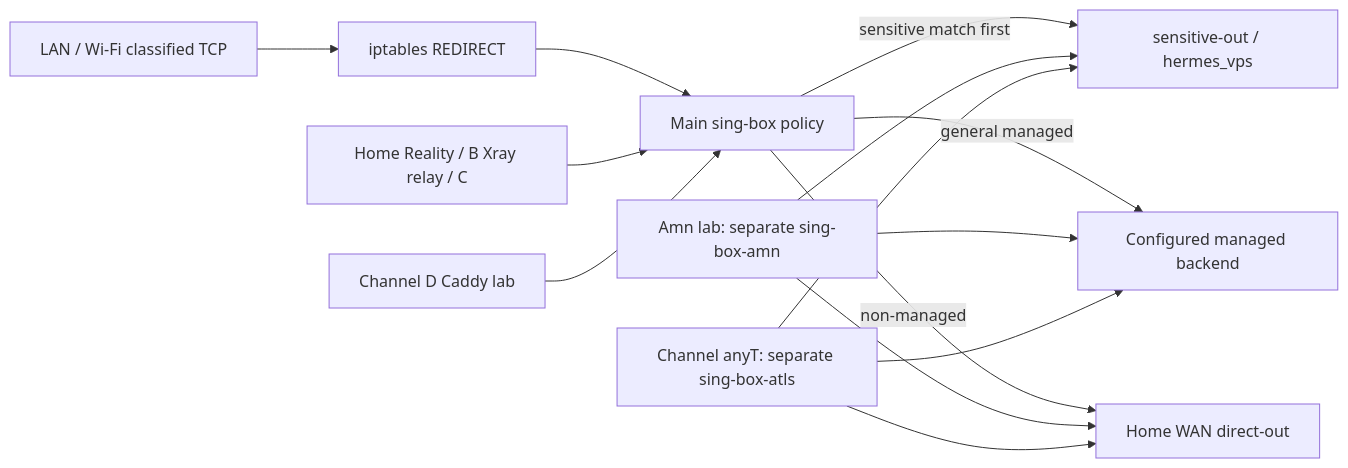
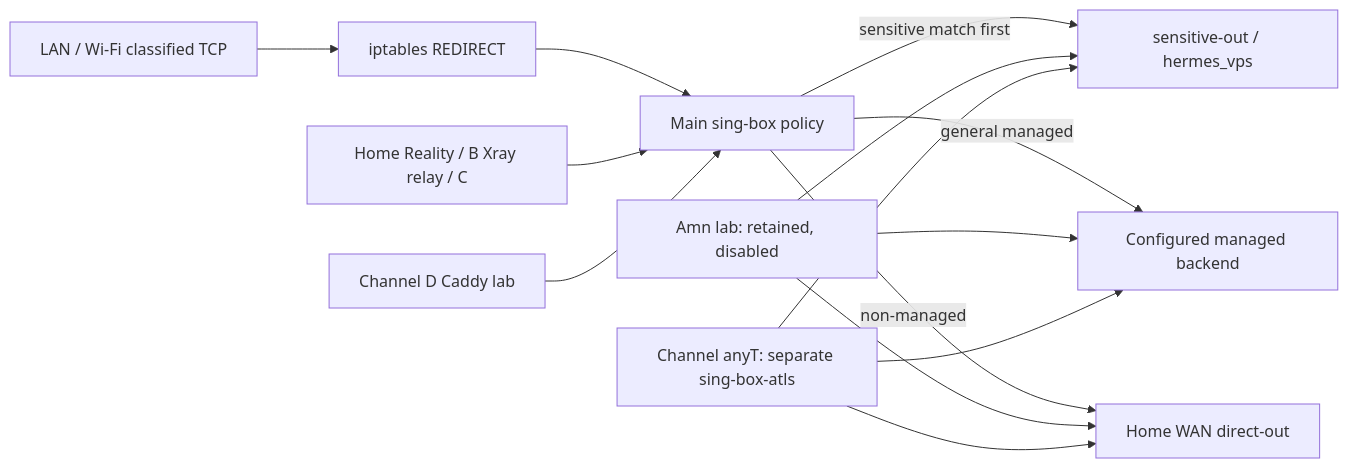
The first of 5 diagrams in docs/router-runtime-map.md (eiler2005/ghostroute), drawn with Mermaid before and after one commit. The commit also changed other lines of this file and 22 other files, not shown here.

Commit message:
docs: align Channel anyT production contracts and diagrams

````diff
--- a/docs/router-runtime-map.md
+++ b/docs/router-runtime-map.md
@@ -29,17 +29,17 @@
 ```mermaid
 flowchart LR
   lan[LAN / Wi-Fi classified TCP] --> redirect[iptables REDIRECT]
   redirect --> policy[Main sing-box policy]
   mobile[Home Reality / B Xray relay / C] --> policy
   caddyD[Channel D Caddy lab] --> policy
   policy -->|sensitive match first| sensitive[sensitive-out / hermes_vps]
   policy -->|general managed| managed[Configured managed backend]
   policy -->|non-managed| wan[Home WAN direct-out]
-  isolated[Amn lab: separate sing-box-amn]
+  isolated[Amn lab: retained, disabled]
   isolated --> sensitive
   isolated --> managed
   isolated --> wan
   anyT[Channel anyT: separate sing-box-atls] --> sensitive
   anyT --> managed
   anyT --> wan
 ```
````
